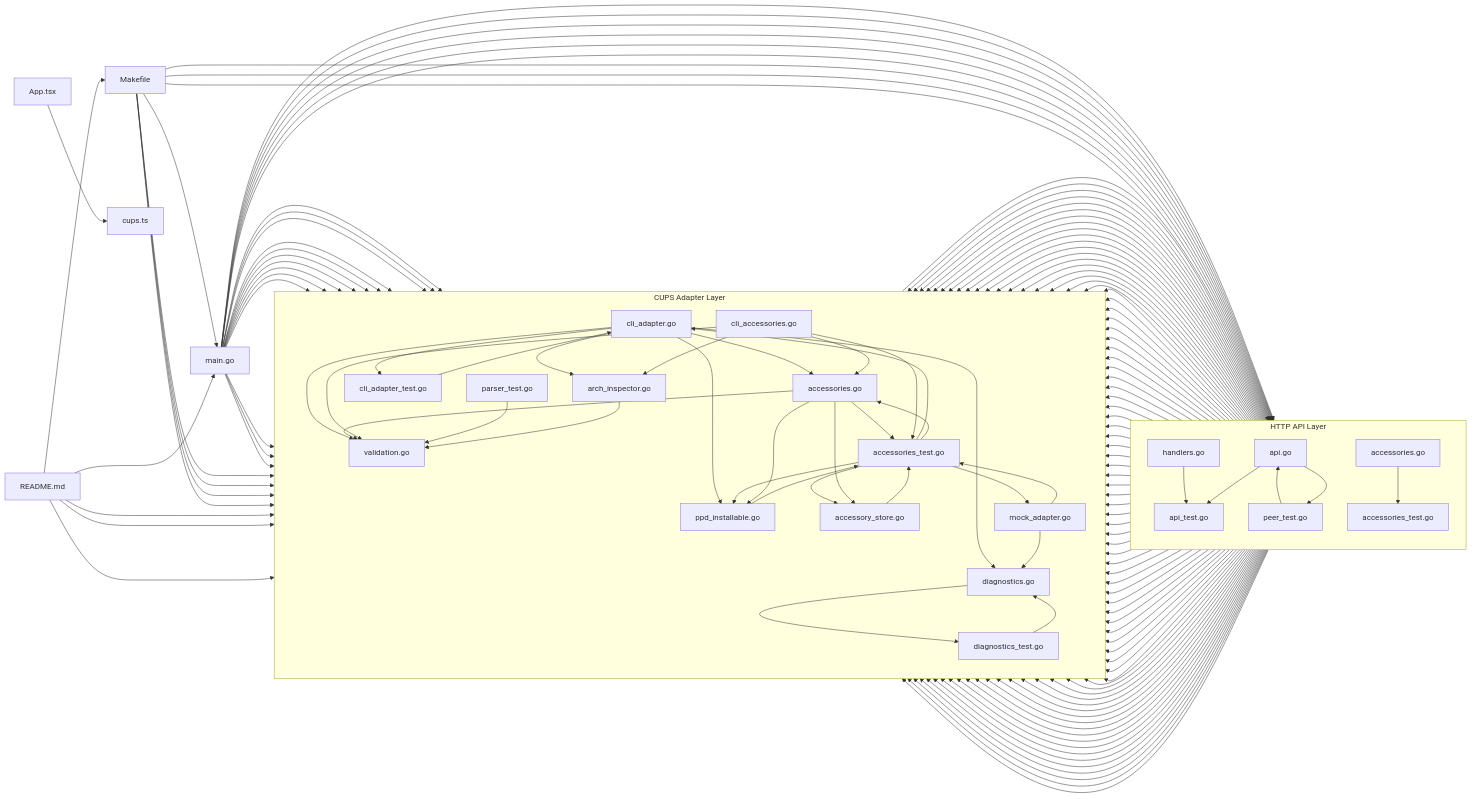
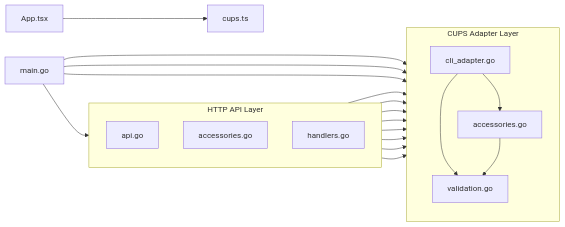
Before and after one commit to dominicferri/cups-web-interface: the second of 2 diagrams in README.md, drawn with Mermaid. The commit also changed other lines of this file, not shown here.

Commit message:
README: draw only the strongest links in the project map diagrams

````diff
--- a/README.md
+++ b/README.md
@@ -278,177 +269,33 @@
 flowchart LR
   subgraph G0["HTTP API Layer"]
     direction TB
-    N1["api_test.go"]
     N2["api.go"]
-    N3["peer_test.go"]
-    N4["accessories_test.go"]
     N5["accessories.go"]
     N6["handlers.go"]
   end
   N0["main.go"]
   N12["App.tsx"]
-  N9["Makefile"]
-  N14["README.md"]
   N13["cups.ts"]
   subgraph G7["CUPS Adapter Layer"]
     direction TB
     N7["cli_adapter.go"]
-    N8["accessories_test.go"]
     N10["accessories.go"]
     N11["validation.go"]
-    N15["accessory_store.go"]
-    N16["mock_adapter.go"]
-    N17["cli_accessories.go"]
-    N18["diagnostics.go"]
-    N19["parser_test.go"]
-    N20["ppd_installable.go"]
-    N21["arch_inspector.go"]
-    N22["cli_adapter_test.go"]
-    N23["diagnostics_test.go"]
   end
-  N0 --> N1
+  N6 --> N11
+  N7 --> N11
+  N10 --> N11
+  N5 --> N11
   N0 --> N2
-  N0 --> N3
-  N0 --> N4
-  N0 --> N5
-  N0 --> N6
   N0 --> N7
-  N0 --> N8
+  N7 --> N10
+  N12 --> N13
+  N0 --> N11
+  N2 --> N11
   N0 --> N10
-  N0 --> N11
-  N0 --> N15
-  N0 --> N16
-  N0 --> N17
-  N0 --> N18
-  N0 --> N19
-  N0 --> N20
-  N0 --> N21
-  N0 --> N22
-  N0 --> N23
-  N1 --> N7
-  N1 --> N8
-  N1 --> N10
-  N1 --> N11
-  N1 --> N15
-  N1 --> N16
-  N1 --> N17
-  N1 --> N18
-  N1 --> N19
-  N1 --> N20
-  N1 --> N21
-  N1 --> N22
-  N1 --> N23
-  N2 --> N1
-  N2 --> N3
   N2 --> N7
-  N2 --> N8
   N2 --> N10
-  N2 --> N11
-  N2 --> N15
-  N2 --> N16
-  N2 --> N17
-  N2 --> N18
-  N2 --> N19
-  N2 --> N20
-  N2 --> N21
-  N2 --> N22
-  N2 --> N23
-  N3 --> N2
-  N3 --> N7
-  N3 --> N8
-  N3 --> N10
-  N3 --> N11
-  N3 --> N15
-  N3 --> N16
-  N3 --> N17
-  N3 --> N18
-  N3 --> N19
-  N3 --> N20
-  N3 --> N21
-  N3 --> N22
-  N3 --> N23
-  N4 --> N7
-  N4 --> N8
-  N4 --> N10
-  N4 --> N11
-  N4 --> N15
-  N4 --> N16
-  N4 --> N17
-  N4 --> N18
-  N4 --> N19
-  N4 --> N20
-  N4 --> N21
-  N4 --> N22
-  N4 --> N23
-  N5 --> N4
   N5 --> N7
-  N5 --> N8
   N5 --> N10
-  N5 --> N11
-  N5 --> N15
-  N5 --> N16
-  N5 --> N17
-  N5 --> N18
-  N5 --> N19
-  N5 --> N20
-  N5 --> N21
-  N5 --> N22
-  N5 --> N23
-  N6 --> N1
   N6 --> N7
-  N6 --> N8
-  N6 --> N10
-  N6 --> N11
-  N6 --> N15
-  N6 --> N16
-  N6 --> N17
-  N6 --> N18
-  N6 --> N19
-  N6 --> N20
-  N6 --> N21
-  N6 --> N22
-  N6 --> N23
-  N7 --> N10
-  N7 --> N11
-  N7 --> N18
-  N7 --> N20
-  N7 --> N21
-  N7 --> N22
-  N8 --> N7
-  N8 --> N10
-  N8 --> N15
-  N8 --> N16
-  N8 --> N20
-  N9 --> N0
-  N9 --> N1
-  N9 --> N3
-  N9 --> N4
-  N9 --> N8
-  N9 --> N19
-  N9 --> N22
-  N9 --> N23
-  N10 --> N8
-  N10 --> N11
-  N10 --> N15
-  N10 --> N20
-  N12 --> N13
-  N14 --> N0
-  N14 --> N7
-  N14 --> N9
-  N14 --> N15
-  N14 --> N16
-  N15 --> N8
-  N16 --> N1
-  N16 --> N8
-  N16 --> N18
-  N17 --> N8
-  N17 --> N10
-  N17 --> N11
-  N17 --> N21
-  N18 --> N23
-  N19 --> N11
-  N20 --> N8
-  N21 --> N11
-  N22 --> N7
-  N23 --> N18
 ```
````
